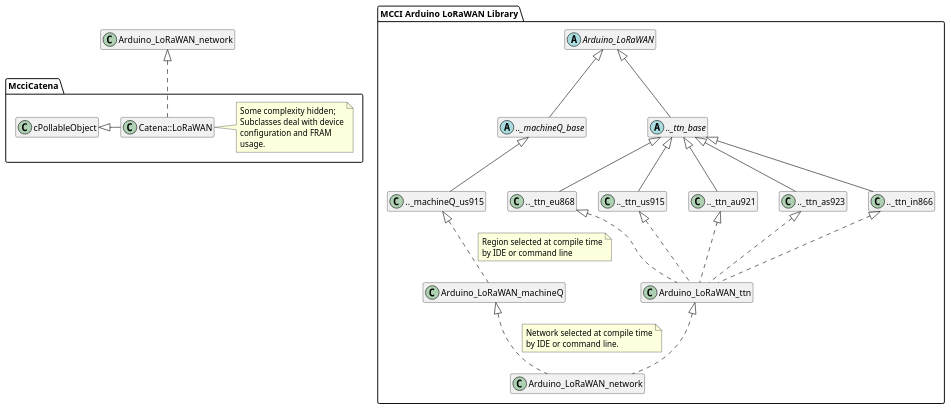
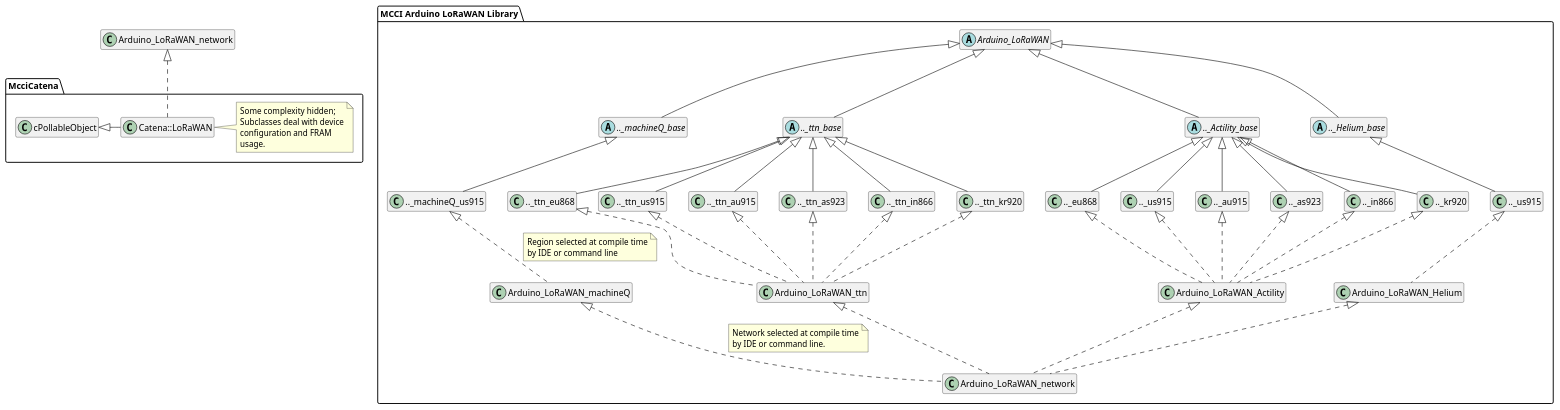
One commit to mcci-catena/Catena-Arduino-Platform changed the diagram in assets/Catena_LoRaWAN.plantuml. Above: the diagram before and after it, drawn with PlantUML. The commit also changed 3 other files, not shown here.

```diff
--- a/assets/Catena_LoRaWAN.plantuml
+++ b/assets/Catena_LoRaWAN.plantuml
@@ -1,92 +1,140 @@
 @startuml
 /'
 
 Module:	Catena_LoRaWAN.plantuml
 
 Function:
 	PlantUML reference source for Catena::LoRaWAN class diagram.
 
 Copyright:
 	See accompanying LICENSE file at
 	https:://github.com/mcci-catena/Catena-Arduino-Platform
 
 Author:
 	Terry Moore, MCCI Corporation	July 2019
 
 Notes:
 	PlantUML images in REAMDE.md are generated by pasting this file into
 	the server at http://www.plantuml.com/plantuml, and grabbing the
 	resulting URLs.
 
 '/
 
 hide empty members
 
 package Arduino-LoRaWAN as "MCCI Arduino LoRaWAN Library" {
 abstract class Arduino_LoRaWAN
 
 abstract class Arduino_LoRaWAN_machineQ_base as ".._machineQ_base"
 
 class Arduino_LoRaWAN_machineQ_us915 as ".._machineQ_us915"
 
 class Arduino_LoRaWAN_machineQ
 
 abstract class Arduino_LoRaWAN_ttn_base as ".._ttn_base"
 
 class Arduino_LoRaWAN_ttn_eu868 as ".._ttn_eu868"
 class Arduino_LoRaWAN_ttn_us915 as ".._ttn_us915"
-class Arduino_LoRaWAN_ttn_au921 as ".._ttn_au921"
+class Arduino_LoRaWAN_ttn_au915 as ".._ttn_au915"
 class Arduino_LoRaWAN_ttn_as923 as ".._ttn_as923"
 class Arduino_LoRaWAN_ttn_in866 as ".._ttn_in866"
+class Arduino_LoRaWAN_ttn_kr920 as ".._ttn_kr920"
 
 class Arduino_LoRaWAN_ttn
 
+abstract class Arduino_LoRaWAN_Actility_base as ".._Actility_base"
+
+class Arduino_LoRaWAN_Actility_eu868 as ".._eu868"
+class Arduino_LoRaWAN_Actility_us915 as ".._us915"
+class Arduino_LoRaWAN_Actility_au915 as ".._au915"
+class Arduino_LoRaWAN_Actility_as923 as ".._as923"
+class Arduino_LoRaWAN_Actility_in866 as ".._in866"
+class Arduino_LoRaWAN_Actility_kr920 as ".._kr920"
+
+class Arduino_LoRaWAN_Actility
+
+abstract class Arduino_LoRaWAN_Helium_base as ".._Helium_base"
+
+class Arduino_LoRaWAN_Helium_us915 as ".._us915"
+
+class Arduino_LoRaWAN_Helium
+
+/' the top fan-in '/
 Arduino_LoRaWAN <|-- Arduino_LoRaWAN_machineQ_base
 Arduino_LoRaWAN <|-- Arduino_LoRaWAN_ttn_base
+Arduino_LoRaWAN <|-- Arduino_LoRaWAN_Actility_base
+Arduino_LoRaWAN <|-- Arduino_LoRaWAN_Helium_base
+
+/' machineQ '/
 Arduino_LoRaWAN_machineQ_base <|-- Arduino_LoRaWAN_machineQ_us915
 Arduino_LoRaWAN_machineQ_us915 <|.. Arduino_LoRaWAN_machineQ
 note right on link
   Region selected at compile time
   by IDE or command line
 end note
 
 class Arduino_LoRaWAN_network
 
+/' TheThingsNetwork '/
 Arduino_LoRaWAN_ttn_base <|-- Arduino_LoRaWAN_ttn_eu868
 Arduino_LoRaWAN_ttn_base <|-- Arduino_LoRaWAN_ttn_us915
-Arduino_LoRaWAN_ttn_base <|-- Arduino_LoRaWAN_ttn_au921
+Arduino_LoRaWAN_ttn_base <|-- Arduino_LoRaWAN_ttn_au915
 Arduino_LoRaWAN_ttn_base <|-- Arduino_LoRaWAN_ttn_as923
 Arduino_LoRaWAN_ttn_base <|-- Arduino_LoRaWAN_ttn_in866
+Arduino_LoRaWAN_ttn_base <|-- Arduino_LoRaWAN_ttn_kr920
 
 Arduino_LoRaWAN_ttn_eu868 <|.. Arduino_LoRaWAN_ttn
 Arduino_LoRaWAN_ttn_us915 <|.. Arduino_LoRaWAN_ttn
-Arduino_LoRaWAN_ttn_au921 <|.. Arduino_LoRaWAN_ttn
+Arduino_LoRaWAN_ttn_au915 <|.. Arduino_LoRaWAN_ttn
 Arduino_LoRaWAN_ttn_as923 <|.. Arduino_LoRaWAN_ttn
 Arduino_LoRaWAN_ttn_in866 <|.. Arduino_LoRaWAN_ttn
+Arduino_LoRaWAN_ttn_kr920 <|.. Arduino_LoRaWAN_ttn
 
+/' Actility '/
+Arduino_LoRaWAN_Actility_base <|-- Arduino_LoRaWAN_Actility_eu868
+Arduino_LoRaWAN_Actility_base <|-- Arduino_LoRaWAN_Actility_us915
+Arduino_LoRaWAN_Actility_base <|-- Arduino_LoRaWAN_Actility_au915
+Arduino_LoRaWAN_Actility_base <|-- Arduino_LoRaWAN_Actility_as923
+Arduino_LoRaWAN_Actility_base <|-- Arduino_LoRaWAN_Actility_in866
+Arduino_LoRaWAN_Actility_base <|-- Arduino_LoRaWAN_Actility_kr920
+
+Arduino_LoRaWAN_Actility_eu868 <|.. Arduino_LoRaWAN_Actility
+Arduino_LoRaWAN_Actility_us915 <|.. Arduino_LoRaWAN_Actility
+Arduino_LoRaWAN_Actility_au915 <|.. Arduino_LoRaWAN_Actility
+Arduino_LoRaWAN_Actility_as923 <|.. Arduino_LoRaWAN_Actility
+Arduino_LoRaWAN_Actility_in866 <|.. Arduino_LoRaWAN_Actility
+Arduino_LoRaWAN_Actility_kr920 <|.. Arduino_LoRaWAN_Actility
+
+/' Helium '/
+Arduino_LoRaWAN_Helium_base <|-- Arduino_LoRaWAN_Helium_us915
+Arduino_LoRaWAN_Helium_us915 <|.. Arduino_LoRaWAN_Helium
+
+/' fan-out of .._network '/
 Arduino_LoRaWAN_machineQ <|.. Arduino_LoRaWAN_network
 note right on link
    Network selected at compile time
    by IDE or command line.
 end note
 Arduino_LoRaWAN_ttn <|.. Arduino_LoRaWAN_network
+Arduino_LoRaWAN_Actility <|.. Arduino_LoRaWAN_network
+Arduino_LoRaWAN_Helium <|.. Arduino_LoRaWAN_network
 
 }
 
 namespace McciCatena {
 
 class cPollableObject
 class Catena::LoRaWAN
 note right
   Some complexity hidden;
   Subclasses deal with device
   configuration and FRAM
   usage.
 end note
 
 cPollableObject <|- Catena::LoRaWAN
 
 .Arduino_LoRaWAN_network <|.. Catena::LoRaWAN
 
 }
 @enduml
```
